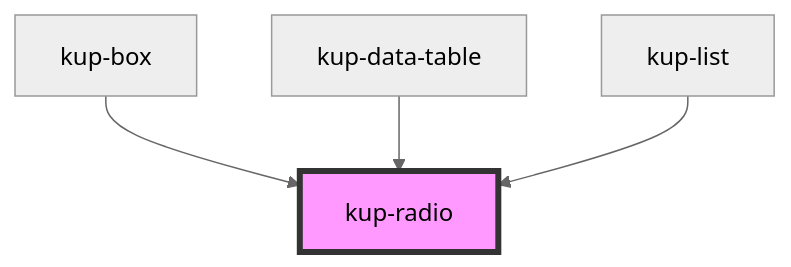
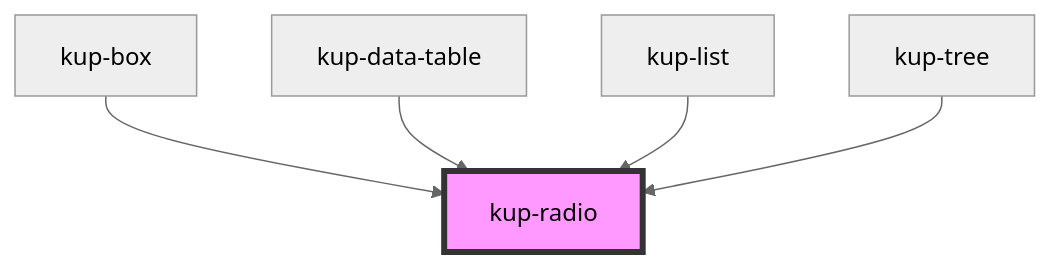
The diagram in packages/ketchup/src/components/kup-radio/readme.md (smeup/ketchup), drawn with Mermaid (neutral theme) before and after one commit. The commit also changed other lines of this file and 8 other files, not shown here.

Commit message:
managed filter on kup-tree and special tree nodes (image, button, checkbox, ecc.)

````diff
--- a/packages/ketchup/src/components/kup-radio/readme.md
+++ b/packages/ketchup/src/components/kup-radio/readme.md
@@ -37,7 +38,8 @@
 ```mermaid
 graph TD;
   kup-box --> kup-radio
   kup-data-table --> kup-radio
   kup-list --> kup-radio
+  kup-tree --> kup-radio
   style kup-radio fill:#f9f,stroke:#333,stroke-width:4px
 ```
````
